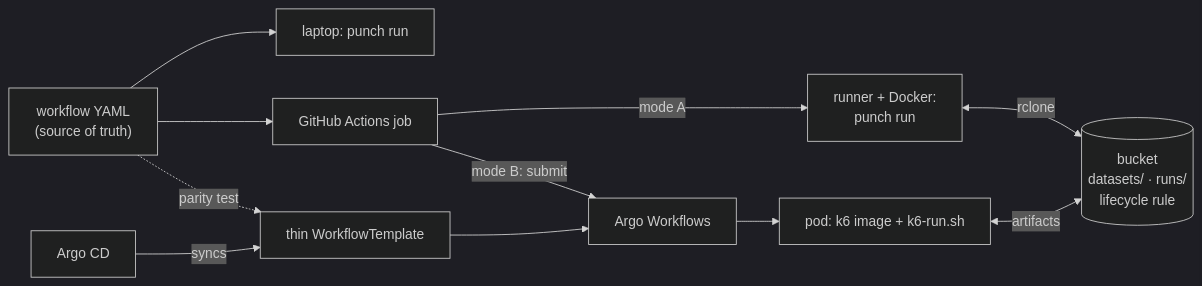
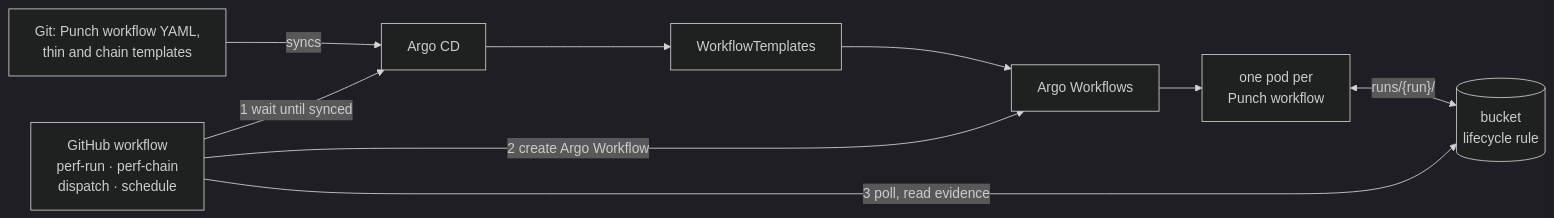
One commit to nicopizar00/punch changed the first of 4 diagrams in docs/architecture/orchestrator-to-kubernetes.md. Above: the diagram before and after it, drawn with Mermaid (dark theme). The commit also changed other lines of this file and 2 other files, not shown here.

First line of the commit message:
docs(k8s): set the CI design for single runs and chains

````diff
--- a/docs/architecture/orchestrator-to-kubernetes.md
+++ b/docs/architecture/orchestrator-to-kubernetes.md
@@ -14,14 +15,13 @@
 ```mermaid
 flowchart LR
-  YAML["workflow YAML<br/>(source of truth)"]
-  YAML --> Local["laptop: punch run"]
-  YAML --> GHA["GitHub Actions job"]
-  YAML -. parity test .-> Thin["thin WorkflowTemplate"]
-  GHA -->|mode A| Runner["runner + Docker:<br/>punch run"]
-  GHA -->|mode B: submit| Argo["Argo Workflows"]
-  ArgoCD["Argo CD"] -->|syncs| Thin
-  Thin --> Argo --> Pod["pod: k6 image + k6-run.sh"]
-  Bucket[("bucket<br/>datasets/ · runs/<br/>lifecycle rule")]
-  Pod <-->|artifacts| Bucket
-  Runner <-->|rclone| Bucket
+  Git["Git: Punch workflow YAML,<br/>thin and chain templates"]
+  Git -->|syncs| CD["Argo CD"]
+  CD --> Tpl["WorkflowTemplates"]
+  GH["GitHub workflow<br/>perf-run · perf-chain<br/>dispatch · schedule"]
+  GH -->|"1 wait until synced"| CD
+  GH -->|"2 create Argo Workflow"| Argo["Argo Workflows"]
+  Tpl --> Argo
+  Argo --> Pods["one pod per<br/>Punch workflow"]
+  Pods <-->|"runs/{run}/"| Bucket[("bucket<br/>lifecycle rule")]
+  GH -->|"3 poll, read evidence"| Bucket
 ```
````
